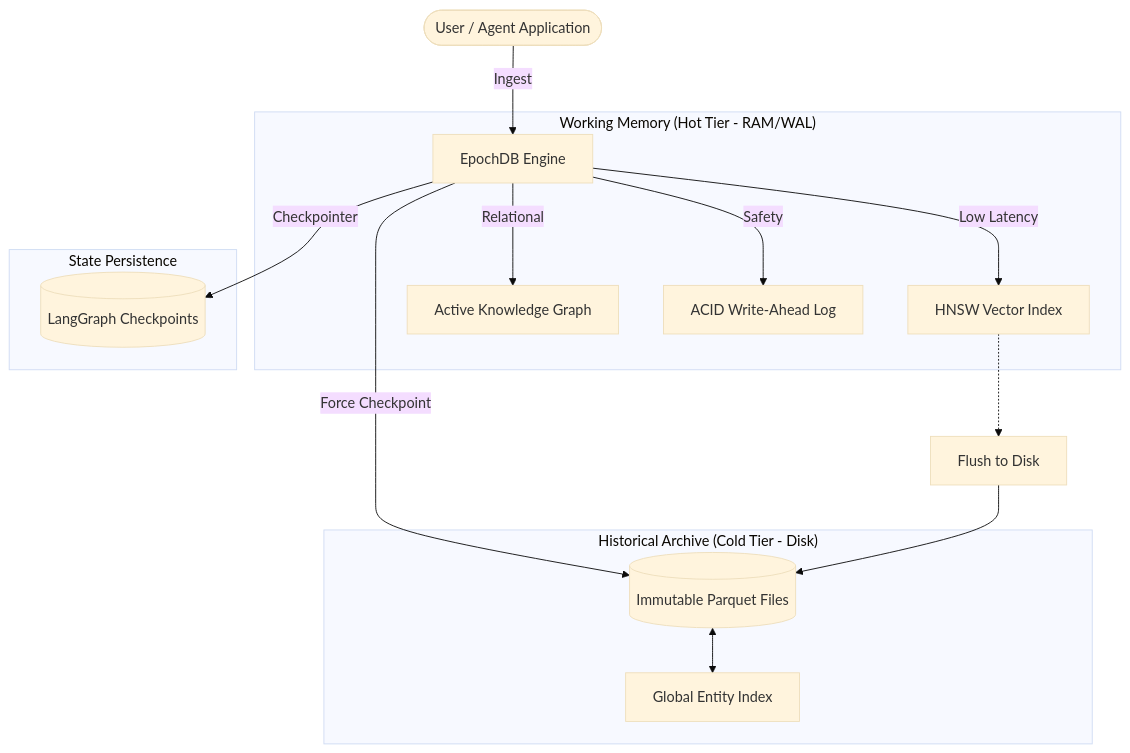
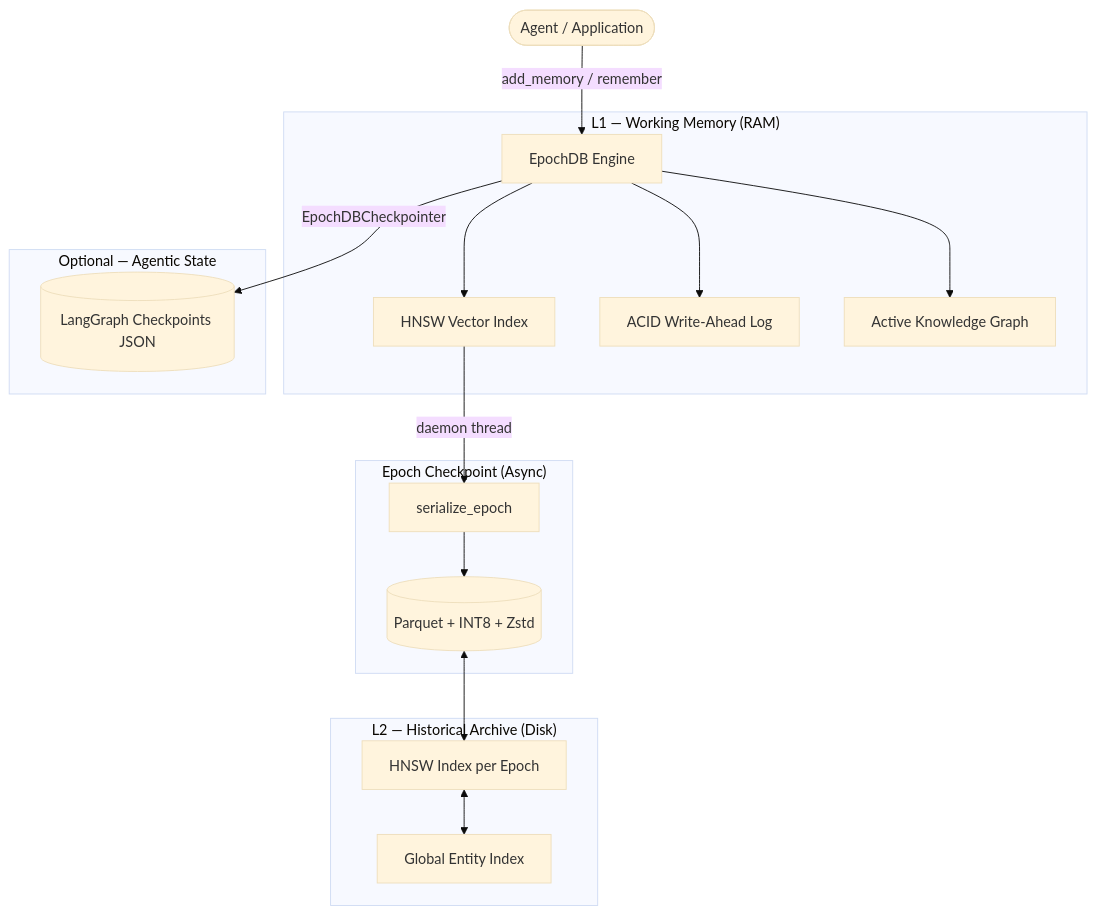
Before and after one commit to jersobh/epochdb: the first of 2 diagrams in how_it_works.md, drawn with Mermaid (base theme). The commit also changed other lines of this file and 26 other files, not shown here.

Commit message:
feat: v0.4.0 Hardened Release - 1.000 recall sweep, HNSW Cold Tier, and Nuclear Topic Lock

````diff
--- a/how_it_works.md
+++ b/how_it_works.md
@@ -12,22 +27,24 @@
 ```mermaid
 graph TD
-    User([User / Agent Application]) -->|Ingest| Engine[EpochDB Engine]
-    
-    subgraph "Working Memory (Hot Tier - RAM/WAL)"
-        Engine -->|Low Latency| HNSW[HNSW Vector Index]
-        Engine -->|Relational| KG[Active Knowledge Graph]
-        Engine -->|Safety| WAL[ACID Write-Ahead Log]
+    Agent([Agent / Application]) -->|add_memory / remember| Engine[EpochDB Engine]
+
+    subgraph "L1 — Working Memory (RAM)"
+        Engine --> HNSW[HNSW Vector Index]
+        Engine --> WAL[ACID Write-Ahead Log]
+        Engine --> KG[Active Knowledge Graph]
     end
-    
-    subgraph "Historical Archive (Cold Tier - Disk)"
-        Engine -->|Force Checkpoint| Parquet[(Immutable Parquet Files)]
-        Parquet <--> GEI[Global Entity Index]
+
+    subgraph "Epoch Checkpoint (Async)"
+        HNSW -->|daemon thread| Flush[serialize_epoch]
+        Flush --> Parquet[(Parquet + INT8 + Zstd)]
     end
-    
-    subgraph "State Persistence"
-        Engine -->|Checkpointer| CKPT[(LangGraph Checkpoints)]
+
+    subgraph "L2 — Historical Archive (Disk)"
+        Parquet <--> HNSW_C[HNSW Index per Epoch]
+        HNSW_C <--> GEI[Global Entity Index]
     end
-    
-    HNSW -.-> Archive[Flush to Disk]
-    Archive --> Parquet
+
+    subgraph "Optional — Agentic State"
+        Engine -->|EpochDBCheckpointer| CKPT[(LangGraph Checkpoints JSON)]
+    end
 ```
````
